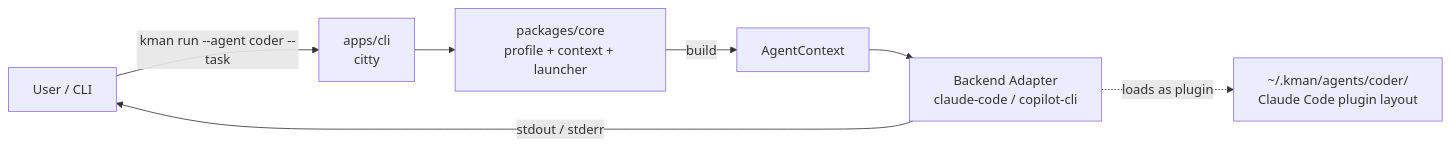
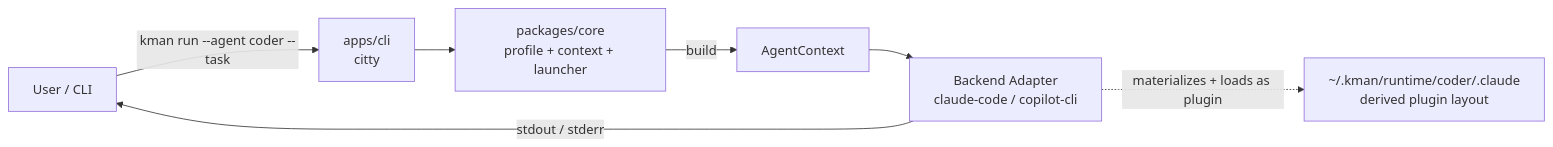
The first of 2 diagrams in docs/DESIGN.md (unliftedq/kman), drawn with Mermaid before and after one commit. The commit also changed other lines of this file and 18 other files, not shown here.

Commit message:
Materialize plugin layout into ~/.kman/runtime instead of the agent dir (#6)

````diff
--- a/docs/DESIGN.md
+++ b/docs/DESIGN.md
@@ -39,9 +39,9 @@
 ```mermaid
 flowchart LR
     user[User / CLI] -->|kman run --agent coder --task| cli[apps/cli<br/>citty]
     cli --> core[packages/core<br/>profile + context + launcher]
     core -->|build| ctx[AgentContext]
     ctx --> backend[Backend Adapter<br/>claude-code / copilot-cli]
-    backend -.loads as plugin.-> dir[~/.kman/agents/coder/<br/>Claude Code plugin layout]
+    backend -.materializes + loads as plugin.-> dir[~/.kman/runtime/coder/.claude<br/>derived plugin layout]
     backend -->|stdout / stderr| user
 ```
````
